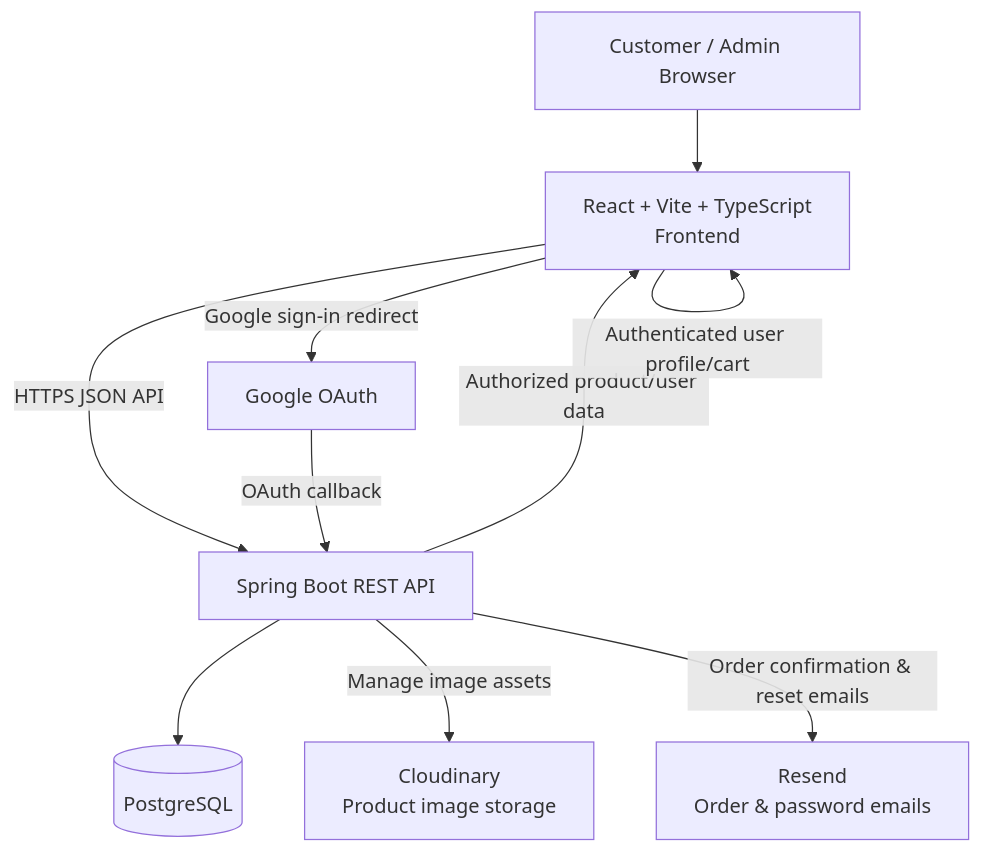
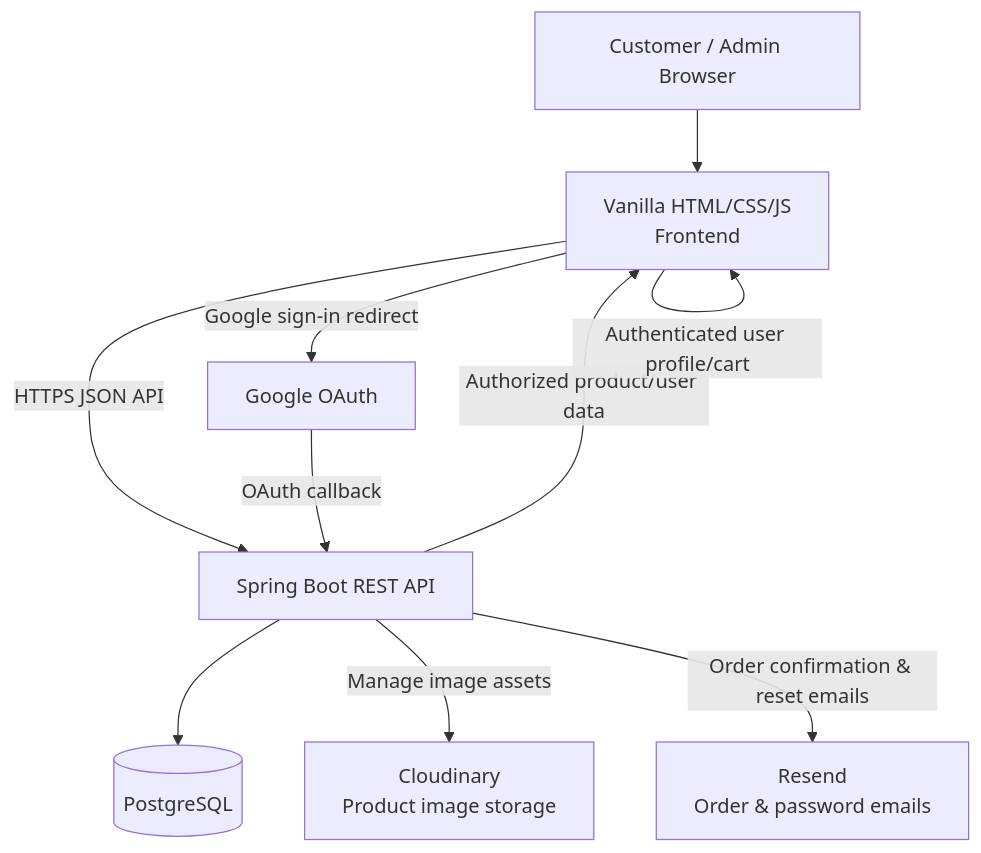
One commit to gangsters100/Online-Medicine-Shop changed the first of 3 diagrams in docs/ARCHITECTURE.md. Above: the diagram before and after it, drawn with Mermaid. The commit also changed other lines of this file and 3 other files, not shown here.

````diff
--- a/docs/ARCHITECTURE.md
+++ b/docs/ARCHITECTURE.md
@@ -5,22 +5,22 @@
 ```mermaid
 flowchart TB
     Customer[Customer / Admin Browser]
-    React[React + Vite + TypeScript<br/>Frontend]
+    Frontend[Vanilla HTML/CSS/JS<br/>Frontend]
     API[Spring Boot REST API]
     DB[(PostgreSQL)]
     Cloudinary[Cloudinary<br/>Product image storage]
     Google[Google OAuth]
     Resend[Resend<br/>Order & password emails]
 
-    Customer --> React
-    React -->|HTTPS JSON API| API
-    React -->|Google sign-in redirect| Google
+    Customer --> Frontend
+    Frontend -->|HTTPS JSON API| API
+    Frontend -->|Google sign-in redirect| Google
     Google -->|OAuth callback| API
 
     API --> DB
     API -->|Manage image assets| Cloudinary
     API -->|Order confirmation & reset emails| Resend
 
-    API -->|Authorized product/user data| React
-    React -->|Authenticated user profile/cart| React
+    API -->|Authorized product/user data| Frontend
+    Frontend -->|Authenticated user profile/cart| Frontend
 ```
````
